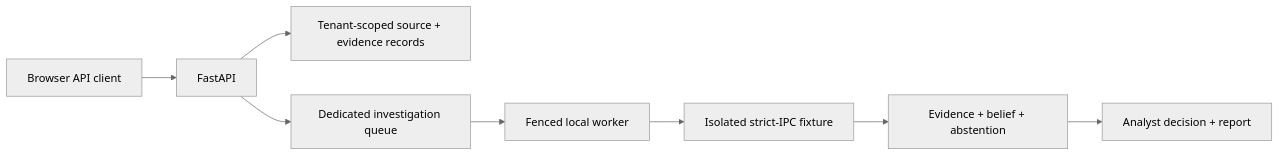
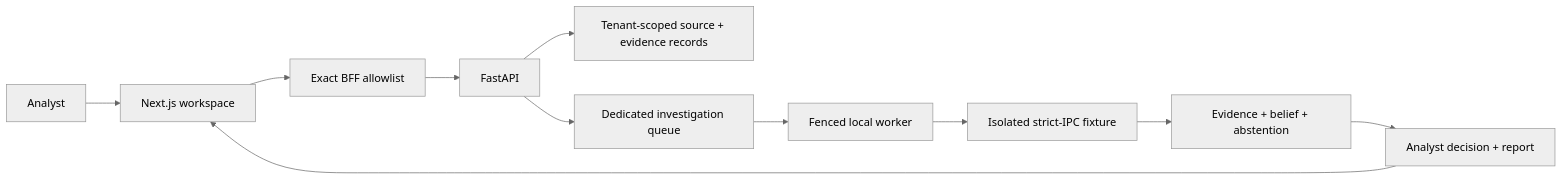
Before and after one commit to AndriiArtemenko3/instadescribe: the third of 3 diagrams in docs/architecture-evolution.md, drawn with Mermaid (neutral theme). The commit also changed other lines of this file and 47 other files, not shown here.

````diff
--- a/docs/architecture-evolution.md
+++ b/docs/architecture-evolution.md
@@ -97,10 +98,13 @@
 ```mermaid
 flowchart LR
-    CLIENT["Browser API client"] --> API["FastAPI"]
+    ANALYST["Analyst"] --> NEXT["Next.js workspace"]
+    NEXT --> BFF["Exact BFF allowlist"]
+    BFF --> API["FastAPI"]
     API --> DATA["Tenant-scoped source + evidence records"]
     API --> QUEUE["Dedicated investigation queue"]
     QUEUE --> WORKER["Fenced local worker"]
     WORKER --> IPC["Isolated strict-IPC fixture"]
     IPC --> BELIEF["Evidence + belief + abstention"]
     BELIEF --> REVIEW["Analyst decision + report"]
+    REVIEW --> NEXT
 ```
````
